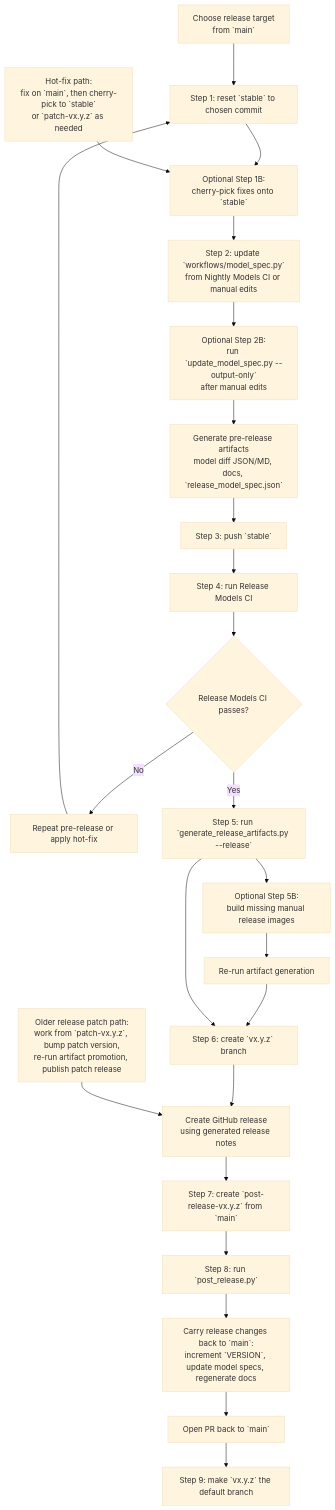
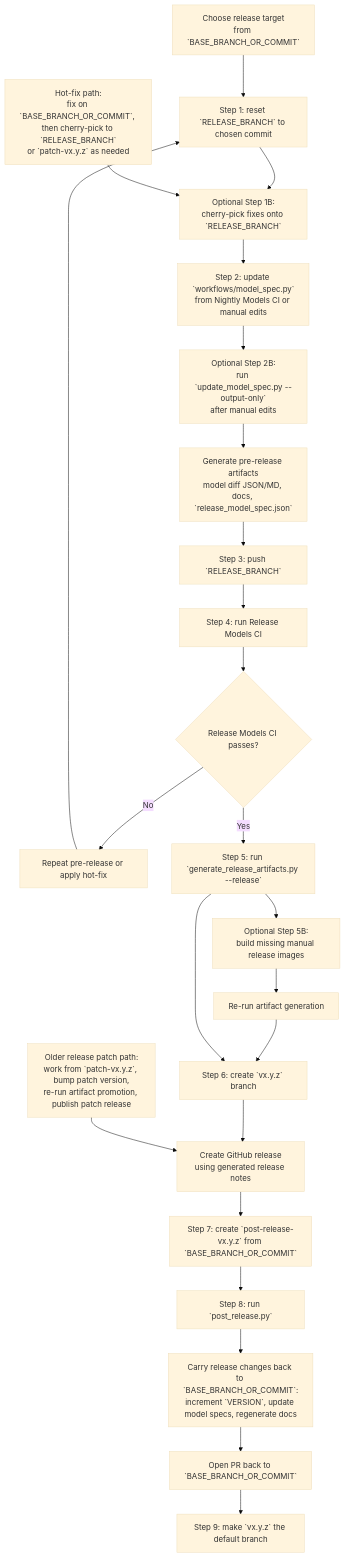
One commit to tenstorrent/tt-inference-server changed the diagram in scripts/release/README.md. Above: the diagram before and after it, drawn with Mermaid (base theme). The commit also changed other lines of this file, not shown here.

Commit message:
update release doc

````diff
--- a/scripts/release/README.md
+++ b/scripts/release/README.md
@@ -45,30 +45,30 @@
 ```mermaid
 flowchart TD
-  start["Choose release target<br/>from `main`"] --> stable["Step 1: reset `stable` to chosen commit"]
-  stable --> cherry["Optional Step 1B:<br/>cherry-pick fixes onto `stable`"]
+  start["Choose release target<br/>from `BASE_BRANCH_OR_COMMIT`"] --> RELEASE_BRANCH["Step 1: reset `RELEASE_BRANCH` to chosen commit"]
+  RELEASE_BRANCH --> cherry["Optional Step 1B:<br/>cherry-pick fixes onto `RELEASE_BRANCH`"]
   cherry --> modelSpec["Step 2: update `workflows/model_spec.py`<br/>from Nightly Models CI or manual edits"]
   modelSpec --> outputOnly["Optional Step 2B:<br/>run `update_model_spec.py --output-only`<br/>after manual edits"]
   outputOnly --> prereleaseArtifacts["Generate pre-release artifacts<br/>model diff JSON/MD, docs, `release_model_spec.json`"]
-  prereleaseArtifacts --> pushStable["Step 3: push `stable`"]
+  prereleaseArtifacts --> pushStable["Step 3: push `RELEASE_BRANCH`"]
   pushStable --> releaseCi["Step 4: run Release Models CI"]
 
   releaseCi --> ciGate{"Release Models CI passes?"}
   ciGate -->|"No"| retry["Repeat pre-release or apply hot-fix"]
-  retry --> stable
+  retry --> RELEASE_BRANCH
   ciGate -->|"Yes"| releaseArtifacts["Step 5: run `generate_release_artifacts.py --release`"]
 
   releaseArtifacts --> manualImages["Optional Step 5B:<br/>build missing manual release images"]
   manualImages --> regenerate["Re-run artifact generation"]
   regenerate --> branchRelease["Step 6: create `vx.y.z` branch"]
   releaseArtifacts --> branchRelease
   branchRelease --> githubRelease["Create GitHub release<br/>using generated release notes"]
 
-  githubRelease --> postBranch["Step 7: create `post-release-vx.y.z` from `main`"]
+  githubRelease --> postBranch["Step 7: create `post-release-vx.y.z` from `BASE_BRANCH_OR_COMMIT`"]
   postBranch --> postRelease["Step 8: run `post_release.py`"]
-  postRelease --> carryForward["Carry release changes back to `main`:<br/>increment `VERSION`, update model specs, regenerate docs"]
-  carryForward --> prMain["Open PR back to `main`"]
+  postRelease --> carryForward["Carry release changes back to `BASE_BRANCH_OR_COMMIT`:<br/>increment `VERSION`, update model specs, regenerate docs"]
+  carryForward --> prMain["Open PR back to `BASE_BRANCH_OR_COMMIT`"]
   prMain --> defaultBranch["Step 9: make `vx.y.z` the default branch"]
 
-  hotfix["Hot-fix path:<br/>fix on `main`, then cherry-pick to `stable`<br/>or `patch-vx.y.z` as needed"] --> cherry
+  hotfix["Hot-fix path:<br/>fix on `BASE_BRANCH_OR_COMMIT`, then cherry-pick to `RELEASE_BRANCH`<br/>or `patch-vx.y.z` as needed"] --> cherry
   olderPatch["Older release patch path:<br/>work from `patch-vx.y.z`, bump patch version,<br/>re-run artifact promotion, publish patch release"] --> githubRelease
 ```
````
